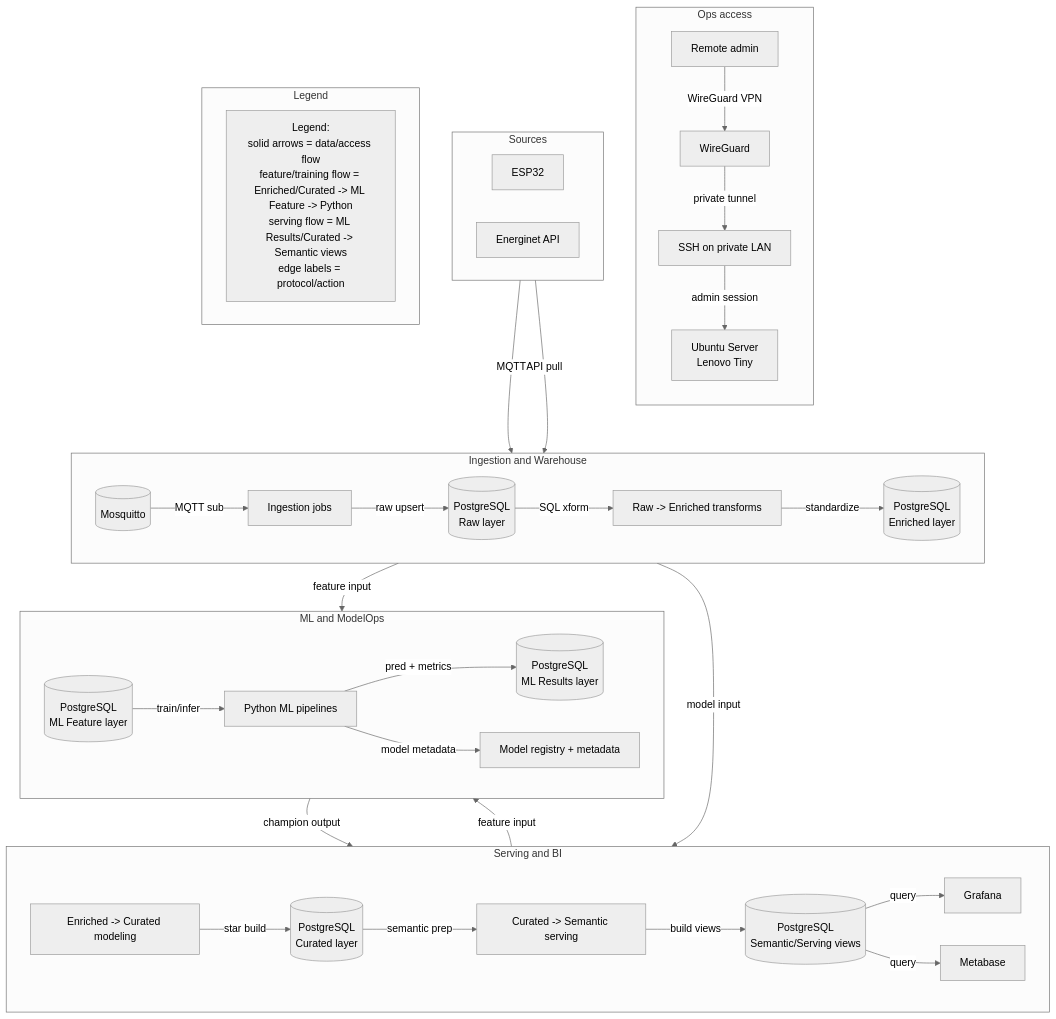
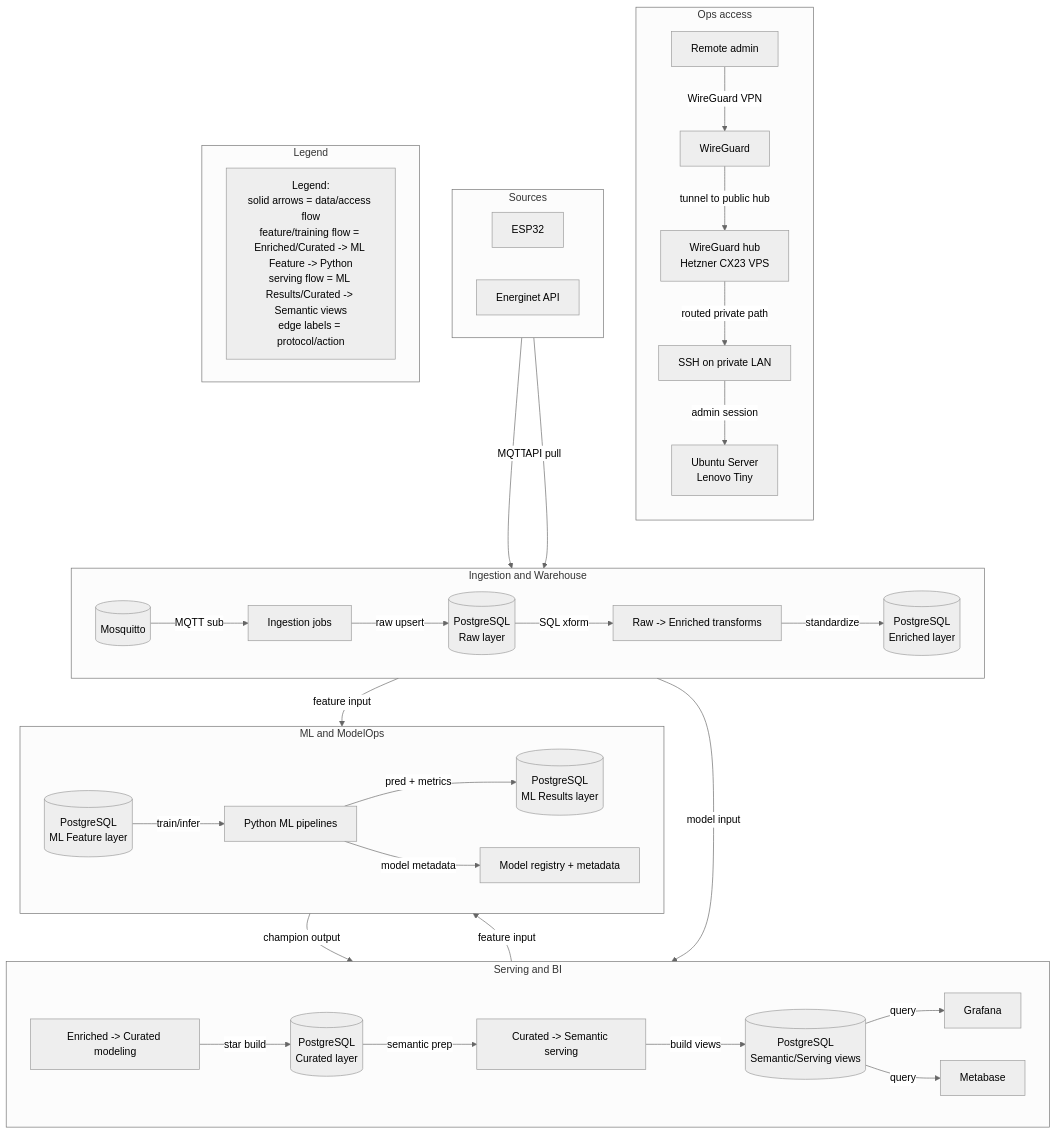
The diagram in docs/architecture/diagrams/system-architecture.mmd (EnTekLasse/commons-anchor), drawn with Mermaid (neutral theme) before and after one commit. The commit also changed 6 other files, not shown here.

Commit message:
Update docs for pipeline and architecture

```diff
--- a/docs/architecture/diagrams/system-architecture.mmd
+++ b/docs/architecture/diagrams/system-architecture.mmd
@@ -1,70 +1,72 @@
 %% AUTO-GENERATED FROM docs/architecture/diagram-model.json
 flowchart TB
   subgraph Ops access
     direction TB
     U["Remote admin"]
     WG["WireGuard"]
+    VPS["WireGuard hub<br/>Hetzner CX23 VPS"]
     SSH["SSH on private LAN"]
     H["Ubuntu Server<br/>Lenovo Tiny"]
   end
 
   subgraph Sources
     direction LR
     E["ESP32"]
     A["Energinet API"]
   end
 
   subgraph Ingestion and Warehouse
     direction LR
     M[("Mosquitto")]
     I["Ingestion jobs"]
     B[("PostgreSQL<br/>Raw layer")]
     TR["Raw -> Enriched transforms"]
     S[("PostgreSQL<br/>Enriched layer")]
   end
 
   subgraph Serving and BI
     direction LR
     TC["Enriched -> Curated modeling"]
     G1[("PostgreSQL<br/>Curated layer")]
     TS["Curated -> Semantic serving"]
     SV[("PostgreSQL<br/>Semantic/Serving views")]
     G["Grafana"]
     MB["Metabase"]
   end
 
   subgraph ML and ModelOps
     direction LR
     FM[("PostgreSQL<br/>ML Feature layer")]
     PY["Python ML pipelines"]
     MR[("PostgreSQL<br/>ML Results layer")]
     MO["Model registry + metadata"]
   end
 
   subgraph Legend
     direction LR
     L1["Legend:<br/>solid arrows = data/access flow<br/>feature/training flow = Enriched/Curated -> ML Feature -> Python<br/>serving flow = ML Results/Curated -> Semantic views<br/>edge labels = protocol/action"]
   end
 
 
   E -->|MQTT| M
   A -->|API pull| I
   M -->|MQTT sub| I
   I -->|raw upsert| B
   B -->|SQL xform| TR
   TR -->|standardize| S
   S -->|model input| TC
   TC -->|star build| G1
   S -->|feature input| FM
   G1 -->|feature input| FM
   FM -->|train/infer| PY
   PY -->|pred + metrics| MR
   PY -->|model metadata| MO
   MR -->|champion output| SV
   G1 -->|semantic prep| TS
   TS -->|build views| SV
   SV -->|query| G
   SV -->|query| MB
   U -->|WireGuard VPN| WG
-  WG -->|private tunnel| SSH
+  WG -->|tunnel to public hub| VPS
+  VPS -->|routed private path| SSH
   SSH -->|admin session| H
```
